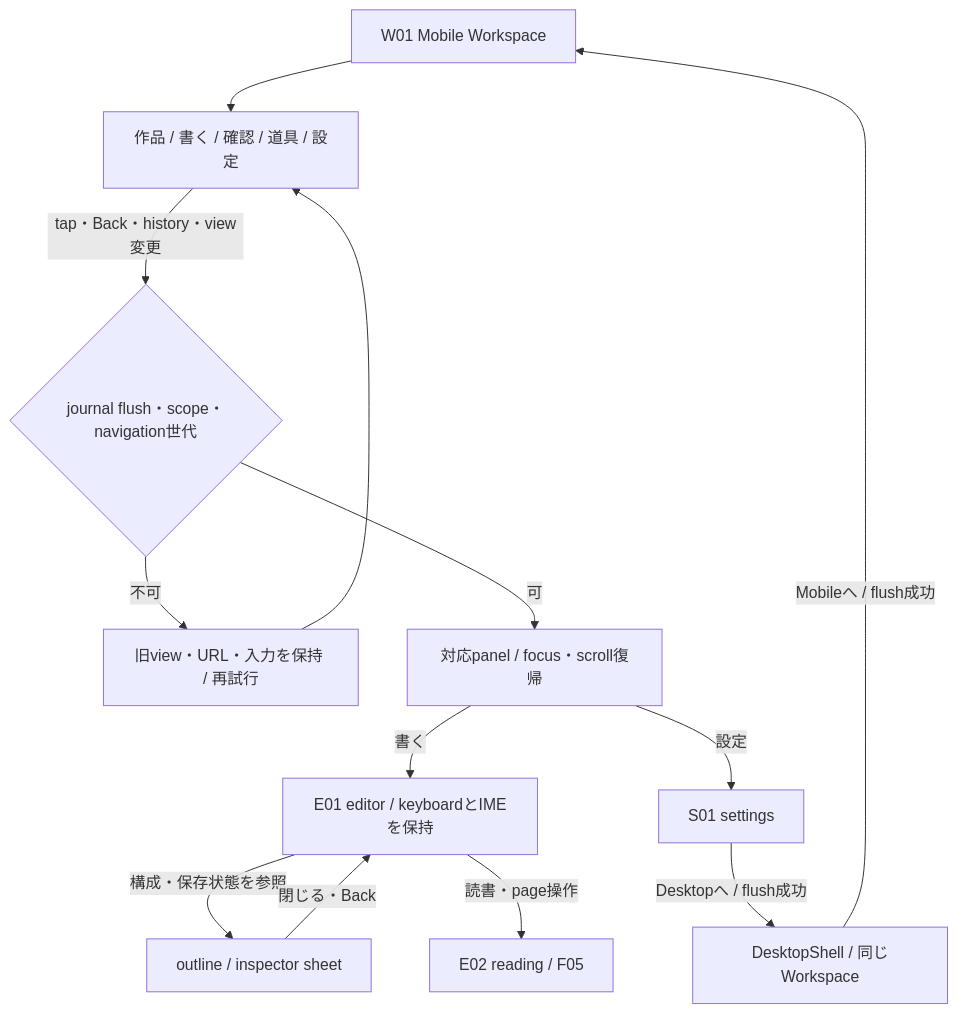
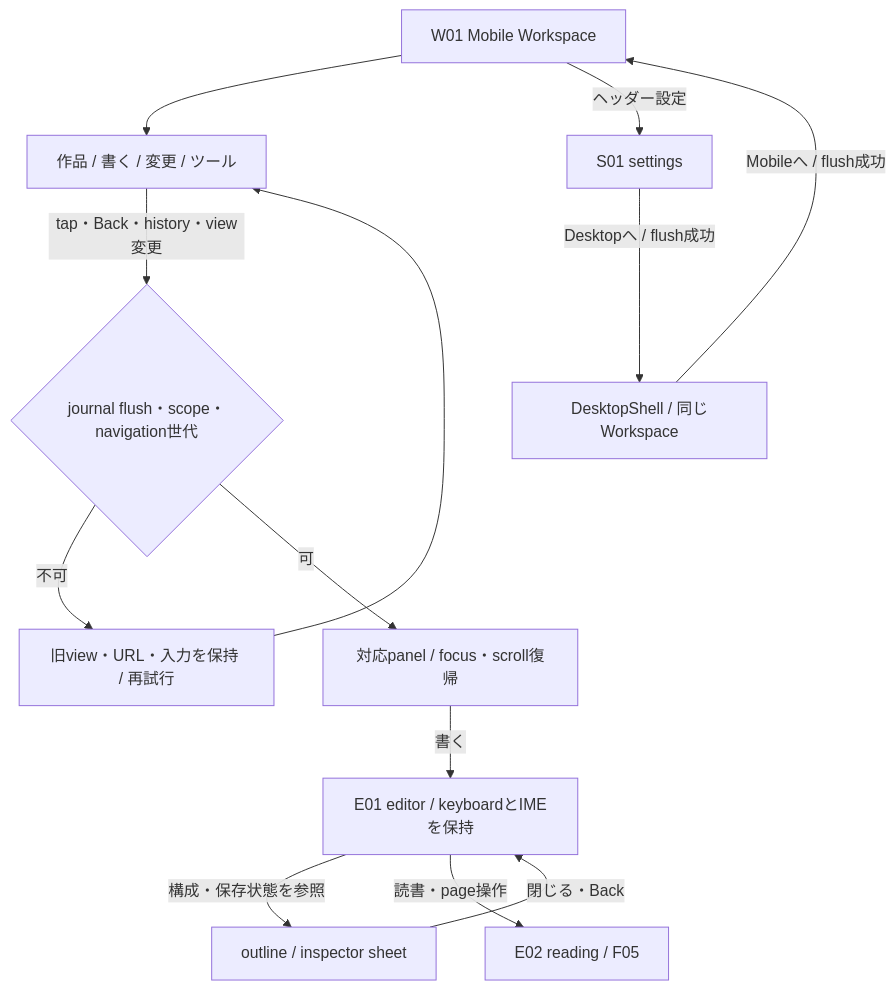
One commit to yohn-jp/proprium changed diagram 15 of 18 in docs/architecture/USER-FLOWS.md. Above: the diagram before and after it, drawn with Mermaid. The commit also changed other lines of this file and 2 other files, not shown here.

Commit message:
docs(ux): codify four-tab mobile navigation and gesture invariants

````diff
--- a/docs/architecture/USER-FLOWS.md
+++ b/docs/architecture/USER-FLOWS.md
@@ -316,15 +316,15 @@
 ```mermaid
 flowchart TD
-  W01["W01 Mobile Workspace"] --> Nav["作品 / 書く / 確認 / 道具 / 設定"]
+  W01["W01 Mobile Workspace"] --> Nav["作品 / 書く / 変更 / ツール"]
   Nav -->|tap・Back・history・view変更| Guard{"journal flush・scope・navigation世代"}
   Guard -->|不可| Stay["旧view・URL・入力を保持 / 再試行"]
   Guard -->|可| View["対応panel / focus・scroll復帰"]
   View -->|書く| E01["E01 editor / keyboardとIMEを保持"]
   E01 -->|構成・保存状態を参照| Sheet["outline / inspector sheet"]
   Sheet -->|閉じる・Back| E01
   E01 -->|読書・page操作| E02["E02 reading / F05"]
-  View -->|設定| S01["S01 settings"]
+  W01 -->|ヘッダー設定| S01["S01 settings"]
   S01 -->|Desktopへ / flush成功| Desktop["DesktopShell / 同じWorkspace"]
   Desktop -->|Mobileへ / flush成功| W01
   Stay --> Nav
 ```
````
